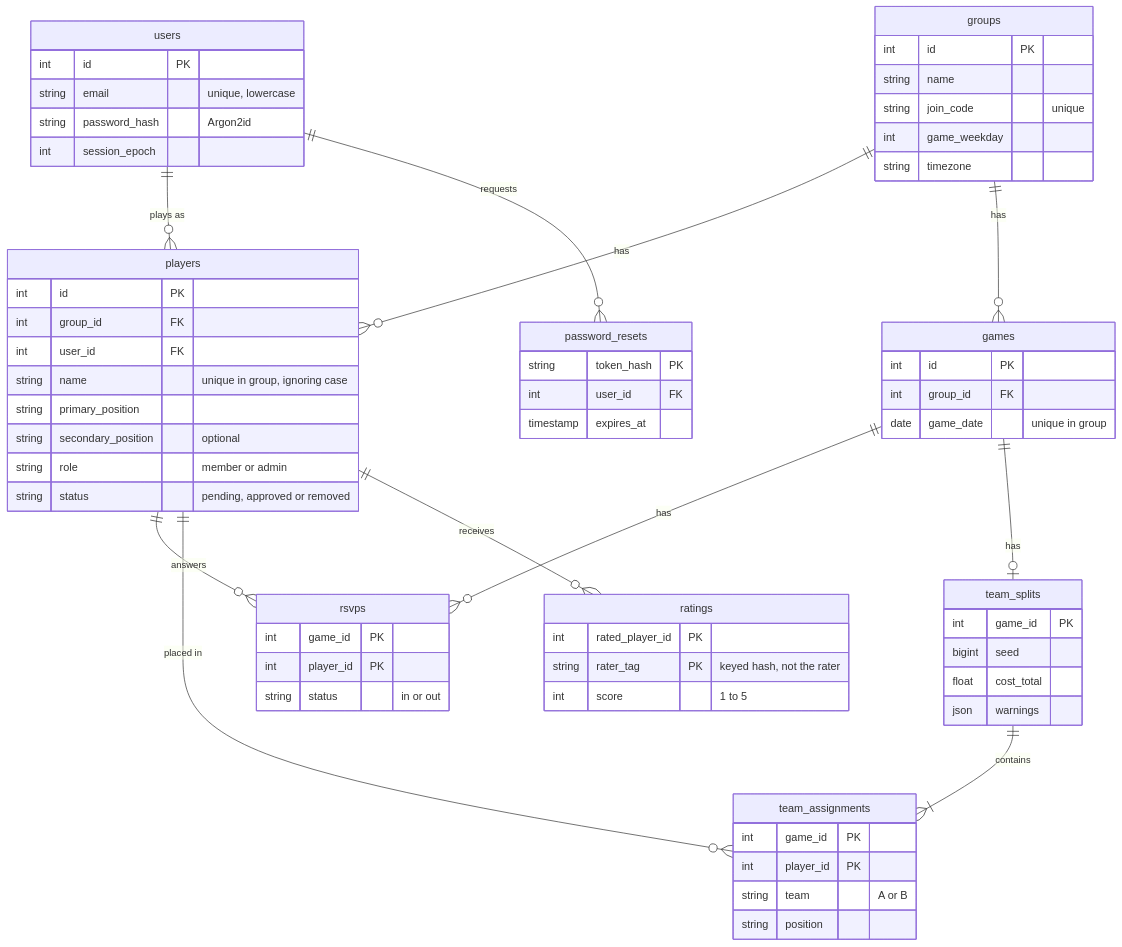
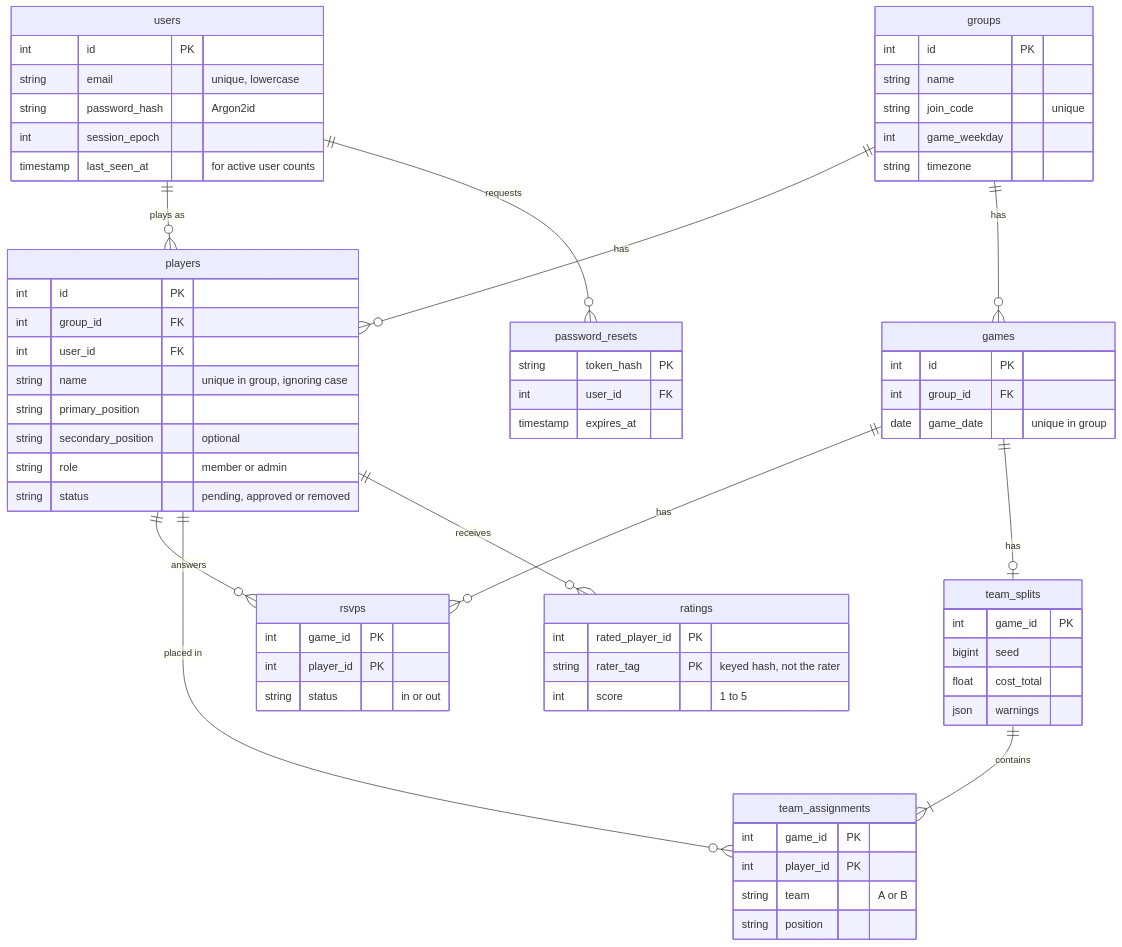
Before and after one commit to ishrakk/make-the-teams: the diagram in app/db/README.md, drawn with Mermaid. The commit also changed 26 other files, not shown here.

````diff
--- a/app/db/README.md
+++ b/app/db/README.md
@@ -12,69 +12,70 @@
 ```mermaid
 erDiagram
     users ||--o{ players : "plays as"
     users ||--o{ password_resets : requests
     groups ||--o{ players : has
     groups ||--o{ games : has
     players ||--o{ rsvps : answers
     games ||--o{ rsvps : has
     games ||--o| team_splits : has
     team_splits ||--|{ team_assignments : contains
     players ||--o{ team_assignments : "placed in"
     players ||--o{ ratings : receives
 
     users {
         int id PK
         string email "unique, lowercase"
         string password_hash "Argon2id"
         int session_epoch
+        timestamp last_seen_at "for active user counts"
     }
     password_resets {
         string token_hash PK
         int user_id FK
         timestamp expires_at
     }
     groups {
         int id PK
         string name
         string join_code "unique"
         int game_weekday
         string timezone
     }
     players {
         int id PK
         int group_id FK
         int user_id FK
         string name "unique in group, ignoring case"
         string primary_position
         string secondary_position "optional"
         string role "member or admin"
         string status "pending, approved or removed"
     }
     games {
         int id PK
         int group_id FK
         date game_date "unique in group"
     }
     rsvps {
         int game_id PK
         int player_id PK
         string status "in or out"
     }
     team_splits {
         int game_id PK
         bigint seed
         float cost_total
         json warnings
     }
     team_assignments {
         int game_id PK
         int player_id PK
         string team "A or B"
         string position
     }
     ratings {
         int rated_player_id PK
         string rater_tag PK "keyed hash, not the rater"
         int score "1 to 5"
     }
 ```
````
